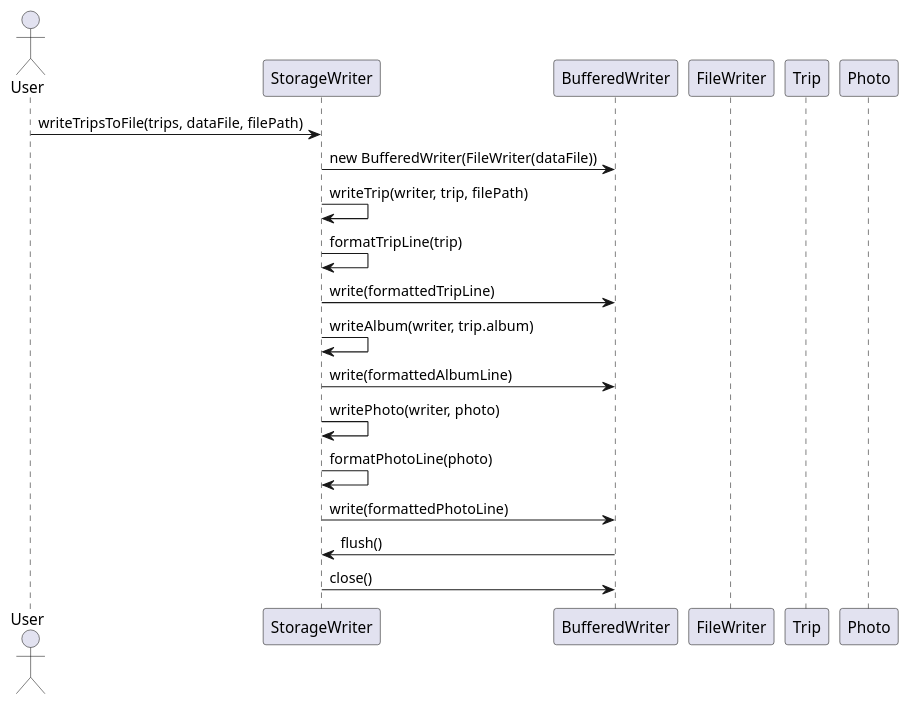
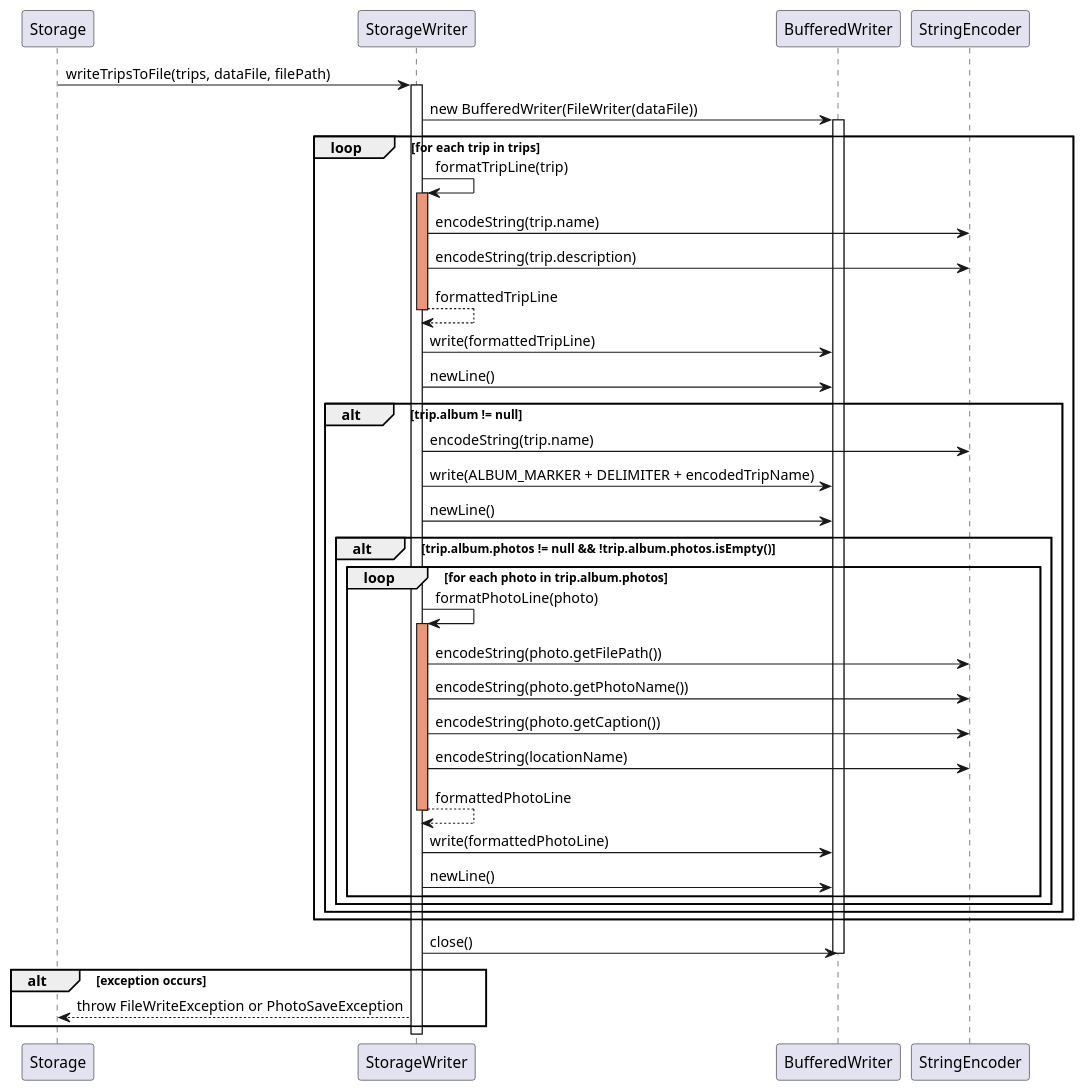
Before and after one commit to ojassurana/tp: the diagram in docs/puml_files/StorageWriter.puml, drawn with PlantUML. The commit also changed 8 other files, not shown here.

```diff
--- a/docs/puml_files/StorageWriter.puml
+++ b/docs/puml_files/StorageWriter.puml
@@ -1,23 +1,59 @@
 @startuml
-actor User
-
+participant Storage
 participant StorageWriter
 participant BufferedWriter
-participant FileWriter
-participant Trip
-participant Photo
+participant StringEncoder
 
-User -> StorageWriter : writeTripsToFile(trips, dataFile, filePath)
+Storage -> StorageWriter : writeTripsToFile(trips, dataFile, filePath)
+activate StorageWriter
+
 StorageWriter -> BufferedWriter : new BufferedWriter(FileWriter(dataFile))
-StorageWriter -> StorageWriter : writeTrip(writer, trip, filePath)
-StorageWriter -> StorageWriter : formatTripLine(trip)
-StorageWriter -> BufferedWriter : write(formattedTripLine)
-StorageWriter -> StorageWriter : writeAlbum(writer, trip.album)
-StorageWriter -> BufferedWriter : write(formattedAlbumLine)
-StorageWriter -> StorageWriter : writePhoto(writer, photo)
-StorageWriter -> StorageWriter : formatPhotoLine(photo)
-StorageWriter -> BufferedWriter : write(formattedPhotoLine)
-BufferedWriter -> StorageWriter : flush()
+activate BufferedWriter
+
+loop for each trip in trips
+    StorageWriter -> StorageWriter : formatTripLine(trip)
+    activate StorageWriter #DarkSalmon
+
+    StorageWriter -> StringEncoder : encodeString(trip.name)
+    StorageWriter -> StringEncoder : encodeString(trip.description)
+
+    StorageWriter --> StorageWriter : formattedTripLine
+    deactivate StorageWriter
+
+    StorageWriter -> BufferedWriter : write(formattedTripLine)
+    StorageWriter -> BufferedWriter : newLine()
+
+    alt trip.album != null
+        StorageWriter -> StringEncoder : encodeString(trip.name)
+        StorageWriter -> BufferedWriter : write(ALBUM_MARKER + DELIMITER + encodedTripName)
+        StorageWriter -> BufferedWriter : newLine()
+
+        alt trip.album.photos != null && !trip.album.photos.isEmpty()
+            loop for each photo in trip.album.photos
+                StorageWriter -> StorageWriter : formatPhotoLine(photo)
+                activate StorageWriter #DarkSalmon
+
+                StorageWriter -> StringEncoder : encodeString(photo.getFilePath())
+                StorageWriter -> StringEncoder : encodeString(photo.getPhotoName())
+                StorageWriter -> StringEncoder : encodeString(photo.getCaption())
+                StorageWriter -> StringEncoder : encodeString(locationName)
+
+                StorageWriter --> StorageWriter : formattedPhotoLine
+                deactivate StorageWriter
+
+                StorageWriter -> BufferedWriter : write(formattedPhotoLine)
+                StorageWriter -> BufferedWriter : newLine()
+            end
+        end
+    end
+end
+
 StorageWriter -> BufferedWriter : close()
+deactivate BufferedWriter
 
+alt exception occurs
+    StorageWriter --> Storage : throw FileWriteException or PhotoSaveException
+end
+
+deactivate StorageWriter
 @enduml
```
